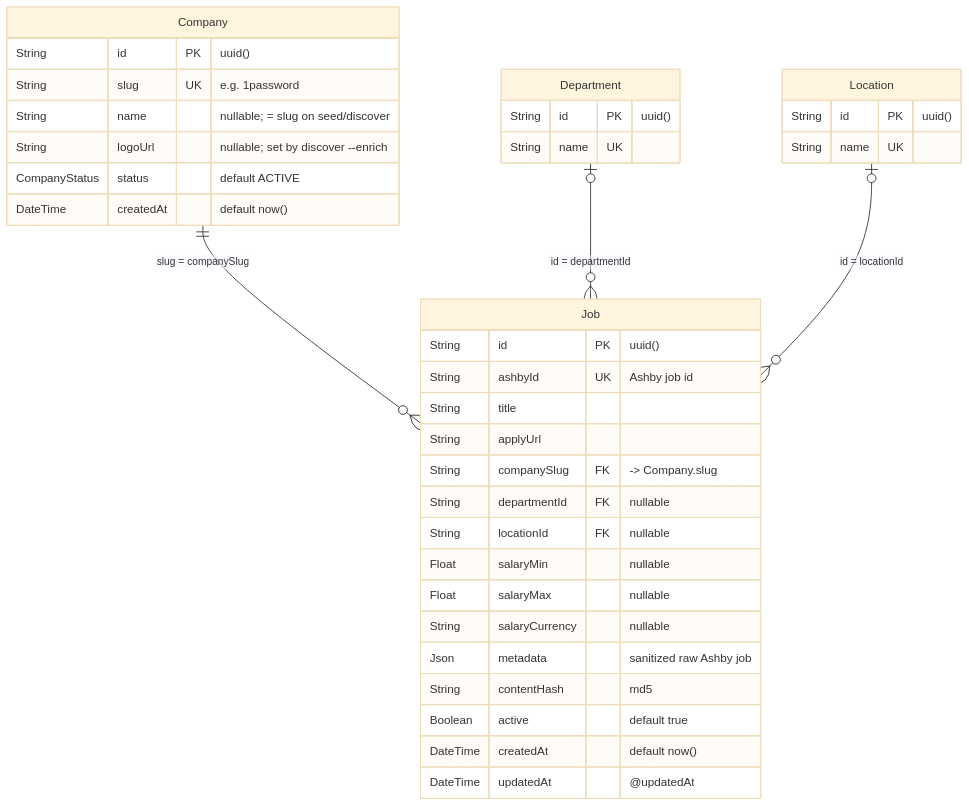
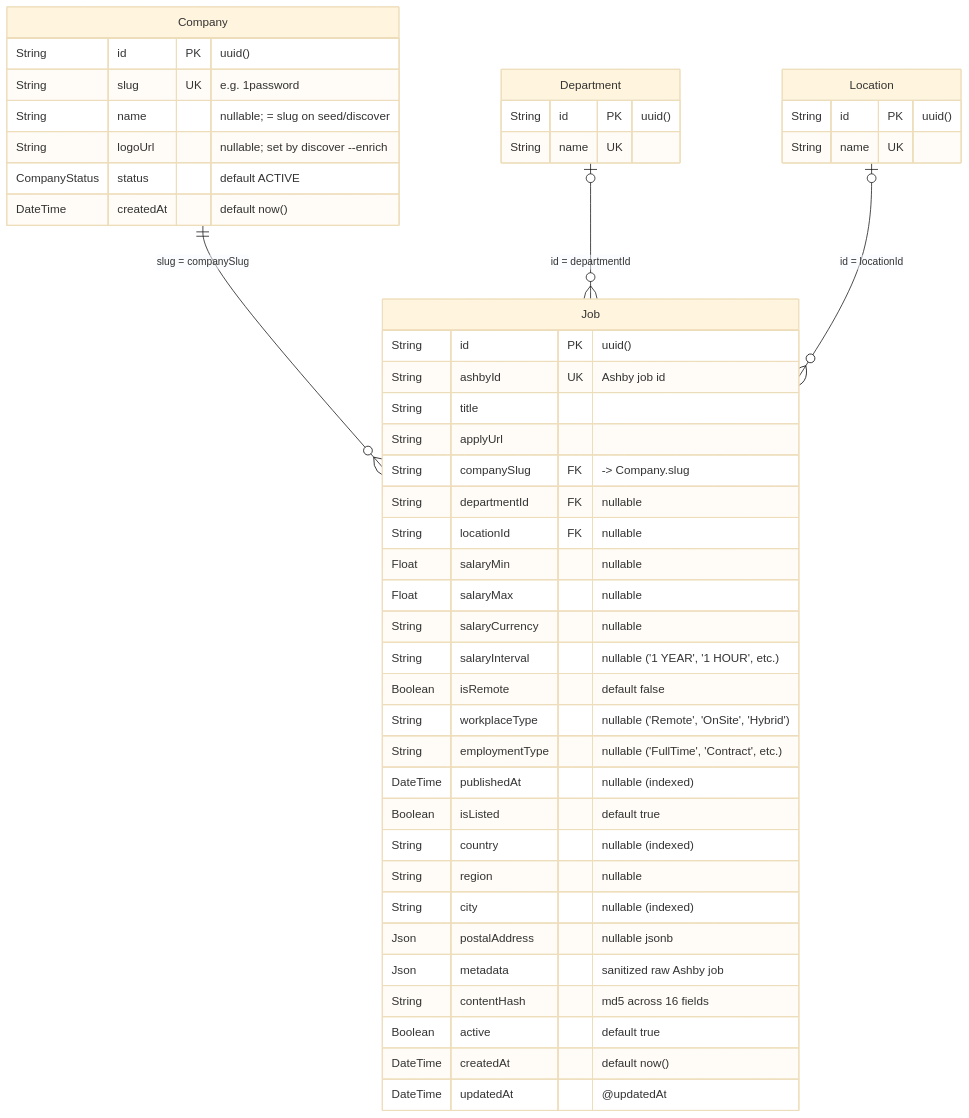
Before and after one commit to pavanpogula/job-scrapper: the diagram in documentation/05-database-and-cache.md, drawn with Mermaid (base theme). The commit also changed other lines of this file and 27 other files, not shown here.

````diff
--- a/documentation/05-database-and-cache.md
+++ b/documentation/05-database-and-cache.md
@@ -12,40 +12,50 @@
 ```mermaid
 erDiagram
     Company ||--o{ Job : "slug = companySlug"
     Department |o--o{ Job : "id = departmentId"
     Location |o--o{ Job : "id = locationId"
 
     Company {
         String id PK "uuid()"
         String slug UK "e.g. 1password"
         String name "nullable; = slug on seed/discover"
         String logoUrl "nullable; set by discover --enrich"
         CompanyStatus status "default ACTIVE"
         DateTime createdAt "default now()"
     }
     Department {
         String id PK "uuid()"
         String name UK
     }
     Location {
         String id PK "uuid()"
         String name UK
     }
     Job {
         String id PK "uuid()"
         String ashbyId UK "Ashby job id"
         String title
         String applyUrl
         String companySlug FK "-> Company.slug"
         String departmentId FK "nullable"
         String locationId FK "nullable"
         Float salaryMin "nullable"
         Float salaryMax "nullable"
         String salaryCurrency "nullable"
+        String salaryInterval "nullable ('1 YEAR', '1 HOUR', etc.)"
+        Boolean isRemote "default false"
+        String workplaceType "nullable ('Remote', 'OnSite', 'Hybrid')"
+        String employmentType "nullable ('FullTime', 'Contract', etc.)"
+        DateTime publishedAt "nullable (indexed)"
+        Boolean isListed "default true"
+        String country "nullable (indexed)"
+        String region "nullable"
+        String city "nullable (indexed)"
+        Json postalAddress "nullable jsonb"
         Json metadata "sanitized raw Ashby job"
-        String contentHash "md5"
+        String contentHash "md5 across 16 fields"
         Boolean active "default true"
         DateTime createdAt "default now()"
         DateTime updatedAt "@updatedAt"
     }
 ```
````
